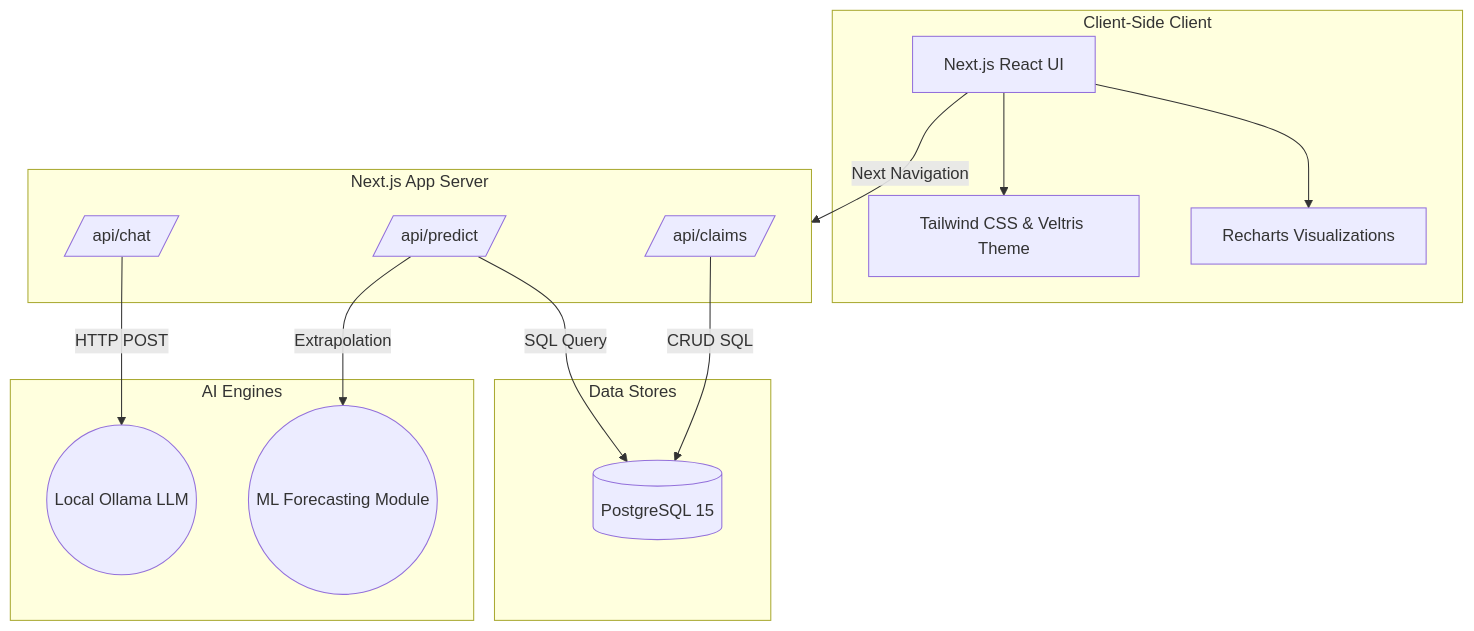
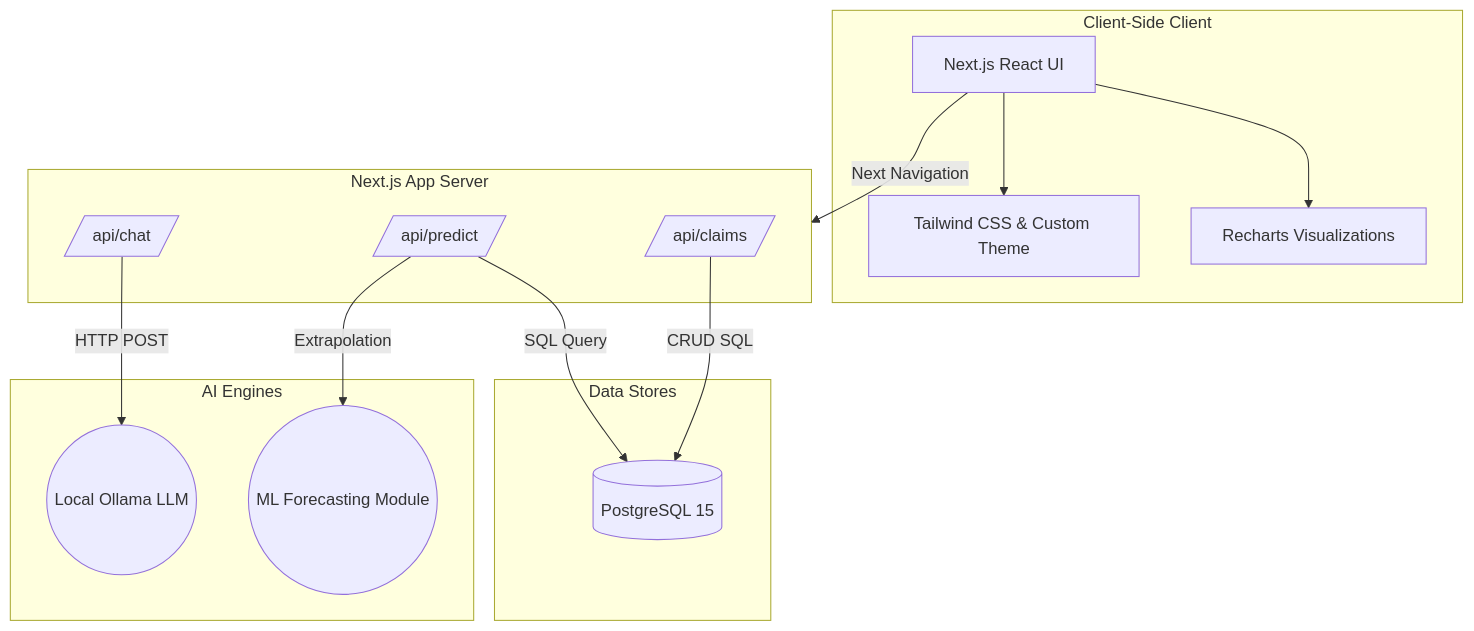
One commit to jai2033shankar/healthx changed the diagram in README.md. Above: the diagram before and after it, drawn with Mermaid. The commit also changed 1 other file, not shown here.

Commit message:
chore: Remove external theme branding references

````diff
--- a/README.md
+++ b/README.md
@@ -68,32 +68,32 @@
 ```mermaid
 graph TD
     subgraph Client [Client-Side Client]
         UI[Next.js React UI]
-        Themes[Tailwind CSS & Veltris Theme]
+        Themes[Tailwind CSS & Custom Theme]
         Charts[Recharts Visualizations]
     end
 
     subgraph API [Next.js App Server]
         R1[/api/chat/]
         R2[/api/predict/]
         R3[/api/claims/]
     end
 
     subgraph Data [Data Stores]
         DB[(PostgreSQL 15)]
     end
 
     subgraph AI [AI Engines]
         Ollama((Local Ollama LLM))
         SimML((ML Forecasting Module))
     end
 
     UI -->|Next Navigation| API
     UI --> Themes
     UI --> Charts
 
     R1 -->|HTTP POST| Ollama
     R2 -->|SQL Query| DB
     R2 -->|Extrapolation| SimML
     R3 -->|CRUD SQL| DB
 ```
````
